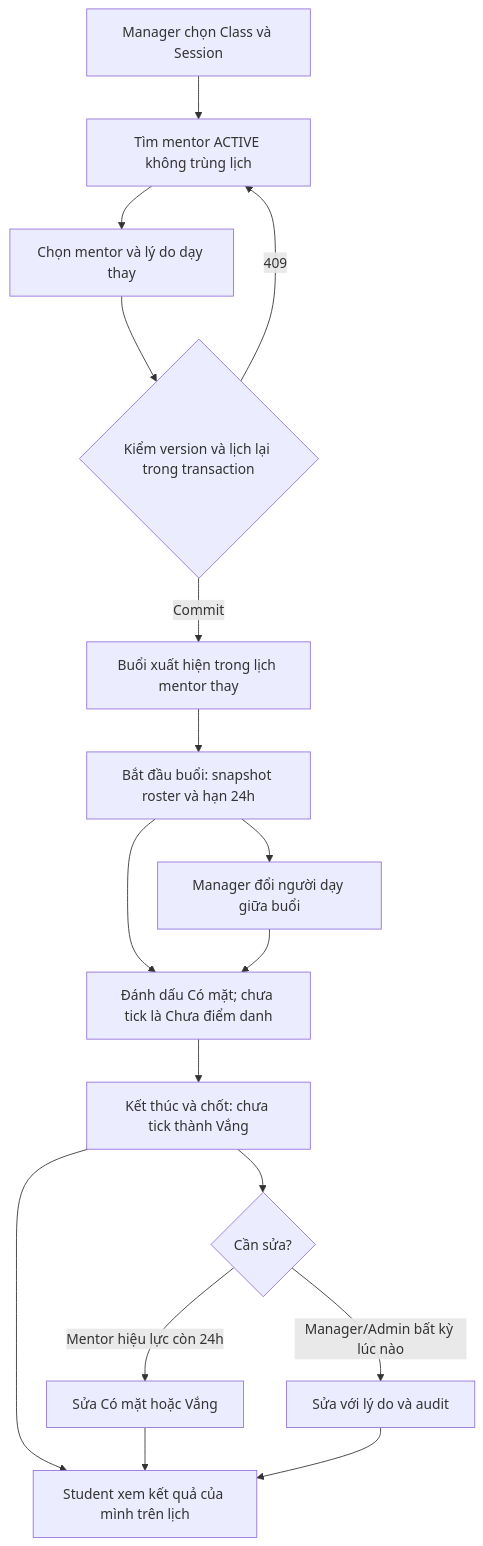
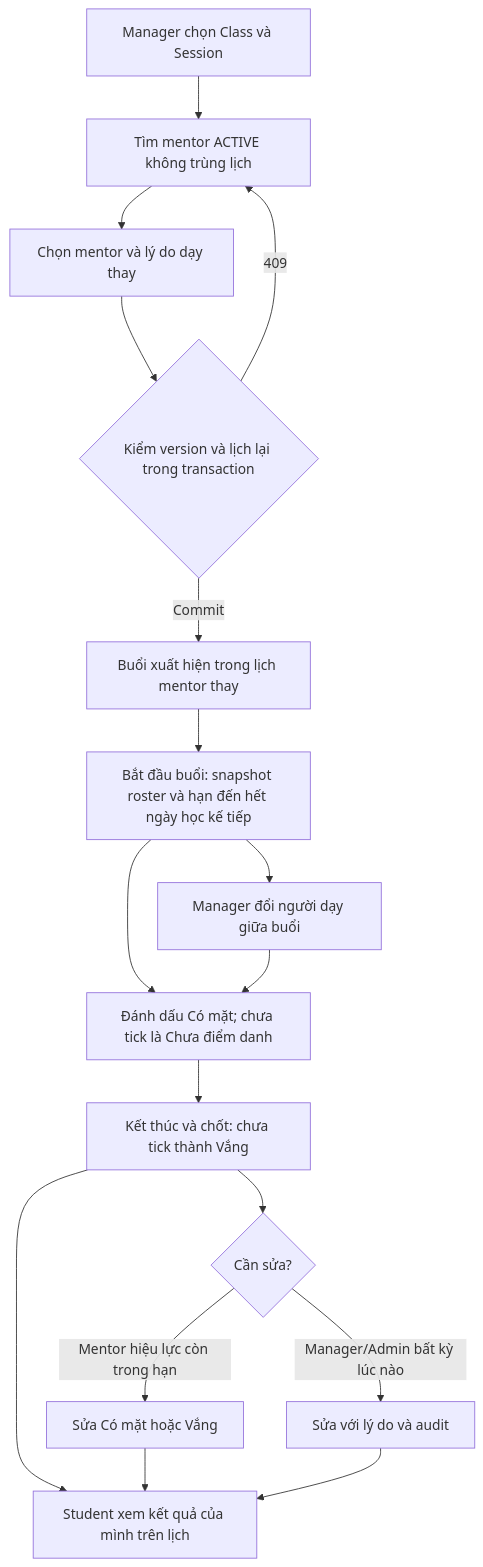
The first of 2 diagrams in docs/api_flow/PHASE_4_FLOW.md (nhathuyck1/Mindy-BE), drawn with Mermaid before and after one commit. The commit also changed other lines of this file and 105 other files, not shown here.

````diff
--- a/docs/api_flow/PHASE_4_FLOW.md
+++ b/docs/api_flow/PHASE_4_FLOW.md
@@ -10,19 +30,19 @@
 ```mermaid
 flowchart TD
     M[Manager chọn Class và Session] --> Q[Tìm mentor ACTIVE không trùng lịch]
     Q --> A[Chọn mentor và lý do dạy thay]
     A --> C{Kiểm version và lịch lại trong transaction}
     C -->|409| Q
     C -->|Commit| T[Buổi xuất hiện trong lịch mentor thay]
-    T --> S[Bắt đầu buổi: snapshot roster và hạn 24h]
+    T --> S[Bắt đầu buổi: snapshot roster và hạn đến hết ngày học kế tiếp]
     S --> R[Đánh dấu Có mặt; chưa tick là Chưa điểm danh]
     R --> F[Kết thúc và chốt: chưa tick thành Vắng]
     F --> U[Student xem kết quả của mình trên lịch]
     F --> E{Cần sửa?}
-    E -->|Mentor hiệu lực còn 24h| R2[Sửa Có mặt hoặc Vắng]
+    E -->|Mentor hiệu lực còn trong hạn| R2[Sửa Có mặt hoặc Vắng]
     E -->|Manager/Admin bất kỳ lúc nào| R3[Sửa với lý do và audit]
     R2 --> U
     R3 --> U
     S --> SW[Manager đổi người dạy giữa buổi]
     SW --> R
 ```
````
